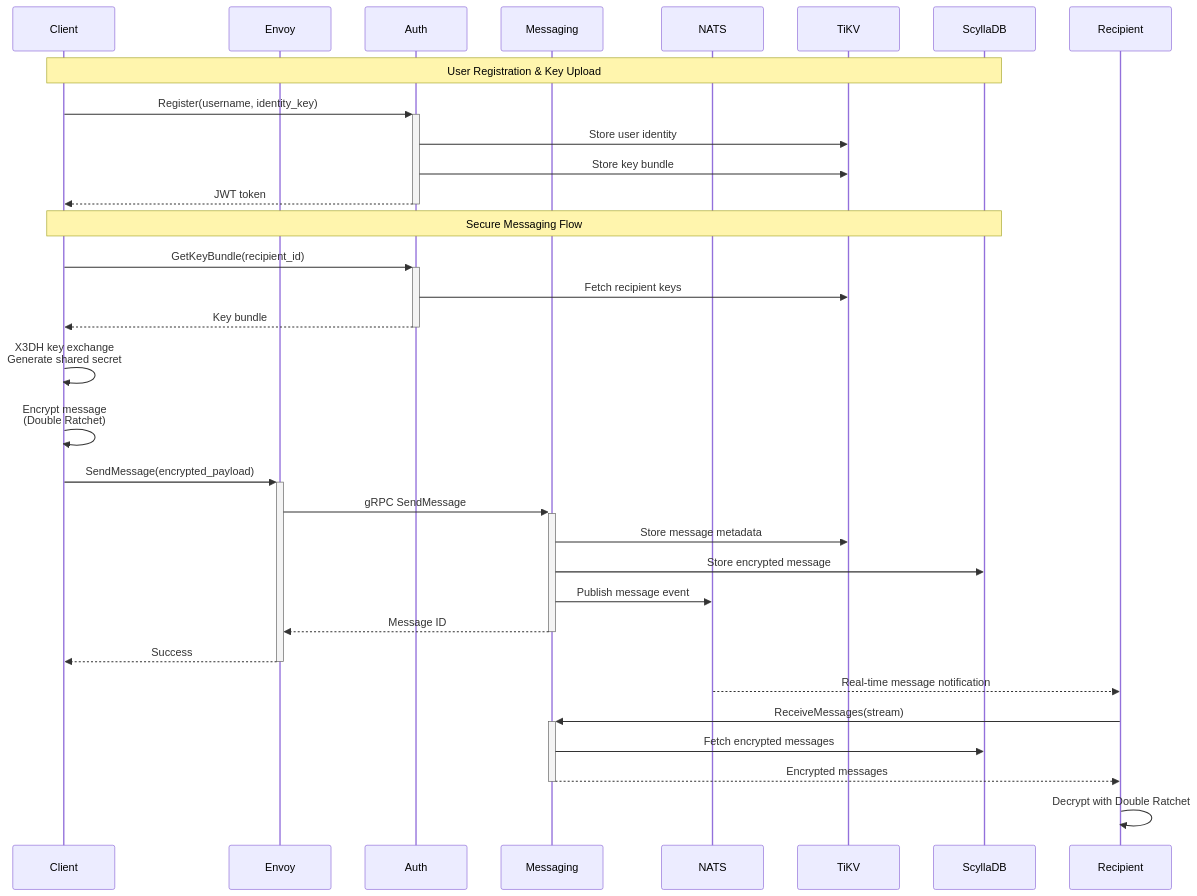
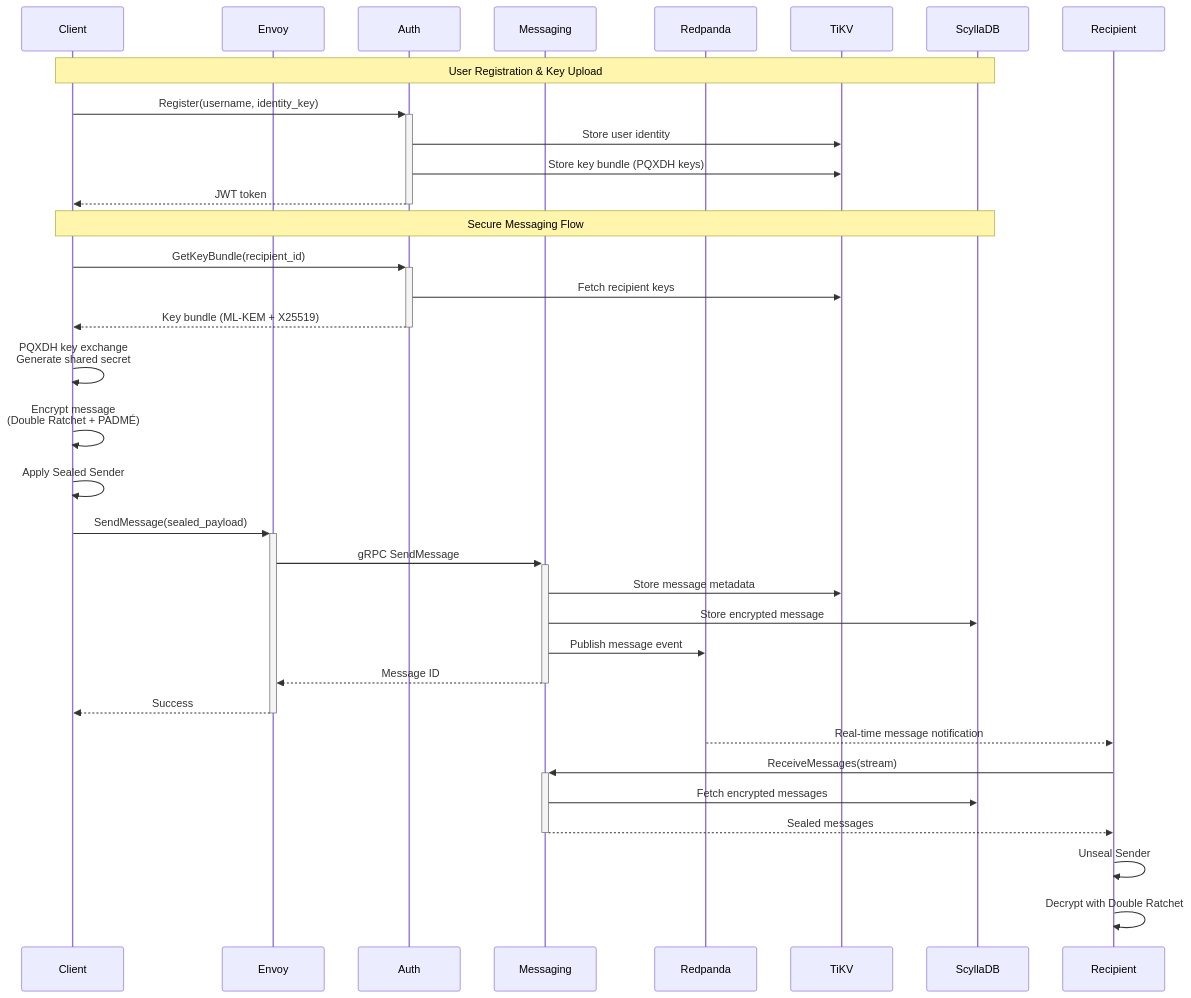
The third of 7 diagrams in docs/ARCHITECTURE.md (guardyn/guardyn), drawn with Mermaid before and after one commit. The commit also changed other lines of this file and 18 other files, not shown here.

First line of the commit message:
feat: migrate messaging from NATS to Redpanda

````diff
--- a/docs/ARCHITECTURE.md
+++ b/docs/ARCHITECTURE.md
@@ -180,39 +191,41 @@
 ```mermaid
 sequenceDiagram
     participant Client
     participant Envoy
     participant Auth
     participant Messaging
-    participant NATS
+    participant Redpanda
     participant TiKV
     participant ScyllaDB
     participant Recipient
 
     Note over Client,ScyllaDB: User Registration & Key Upload
     Client->>+Auth: Register(username, identity_key)
     Auth->>TiKV: Store user identity
-    Auth->>TiKV: Store key bundle
+    Auth->>TiKV: Store key bundle (PQXDH keys)
     Auth-->>-Client: JWT token
 
     Note over Client,ScyllaDB: Secure Messaging Flow
     Client->>+Auth: GetKeyBundle(recipient_id)
     Auth->>TiKV: Fetch recipient keys
-    Auth-->>-Client: Key bundle
+    Auth-->>-Client: Key bundle (ML-KEM + X25519)
 
-    Client->>Client: X3DH key exchange<br/>Generate shared secret
-    Client->>Client: Encrypt message<br/>(Double Ratchet)
+    Client->>Client: PQXDH key exchange<br/>Generate shared secret
+    Client->>Client: Encrypt message<br/>(Double Ratchet + PADMÉ)
+    Client->>Client: Apply Sealed Sender
 
-    Client->>+Envoy: SendMessage(encrypted_payload)
+    Client->>+Envoy: SendMessage(sealed_payload)
     Envoy->>+Messaging: gRPC SendMessage
     Messaging->>TiKV: Store message metadata
     Messaging->>ScyllaDB: Store encrypted message
-    Messaging->>NATS: Publish message event
+    Messaging->>Redpanda: Publish message event
     Messaging-->>-Envoy: Message ID
     Envoy-->>-Client: Success
 
-    NATS-->>Recipient: Real-time message notification
+    Redpanda-->>Recipient: Real-time message notification
     Recipient->>+Messaging: ReceiveMessages(stream)
     Messaging->>ScyllaDB: Fetch encrypted messages
-    Messaging-->>-Recipient: Encrypted messages
+    Messaging-->>-Recipient: Sealed messages
+    Recipient->>Recipient: Unseal Sender
     Recipient->>Recipient: Decrypt with Double Ratchet
 ```
````
